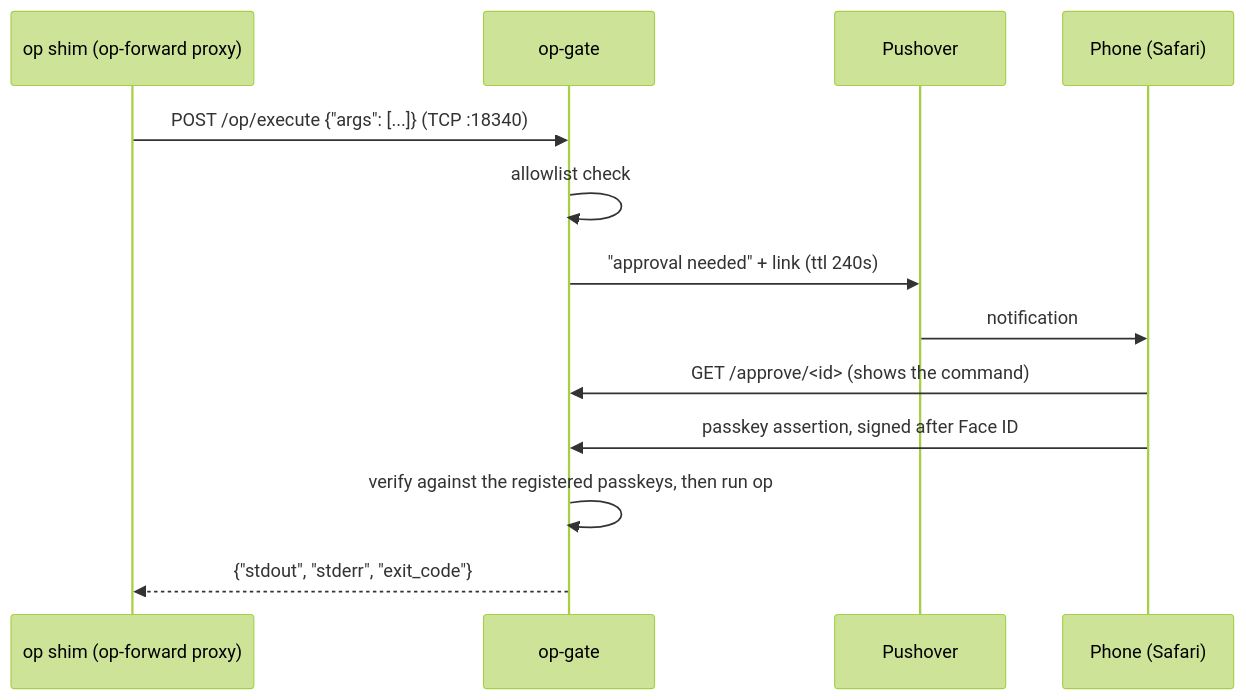
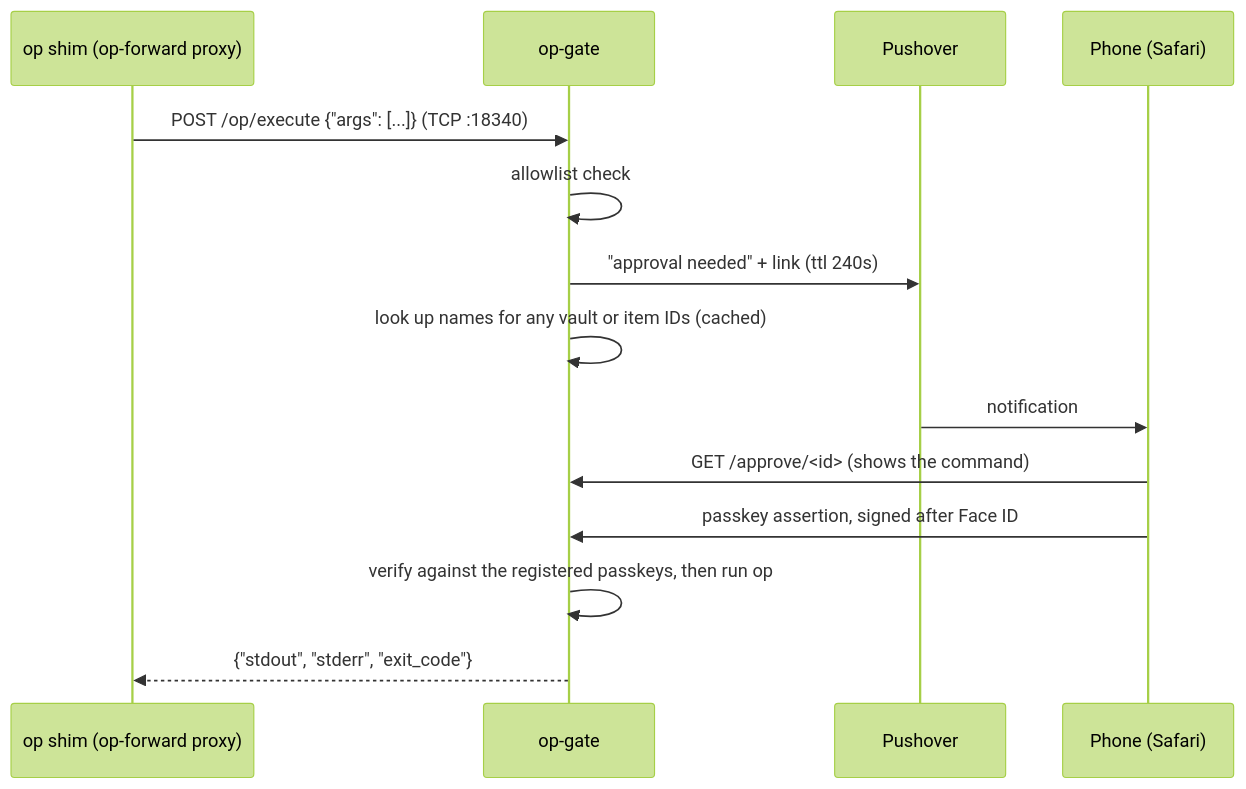
The first of 2 diagrams in README.md (bojanrajkovic/op-gate), drawn with Mermaid (forest theme) before and after one commit. The commit also changed other lines of this file and 9 other files, not shown here.

````diff
--- a/README.md
+++ b/README.md
@@ -20,15 +20,16 @@
 ```mermaid
 sequenceDiagram
     participant C as op shim (op-forward proxy)
     participant G as op-gate
     participant PO as Pushover
     participant P as Phone (Safari)
     C->>G: POST /op/execute {"args": [...]} (TCP :18340)
     G->>G: allowlist check
     G->>PO: "approval needed" + link (ttl 240s)
+    G->>G: look up names for any vault or item IDs (cached)
     PO->>P: notification
     P->>G: GET /approve/<id> (shows the command)
     P->>G: passkey assertion, signed after Face ID
     G->>G: verify against the registered passkeys, then run op
     G-->>C: {"stdout", "stderr", "exit_code"}
 ```
````
